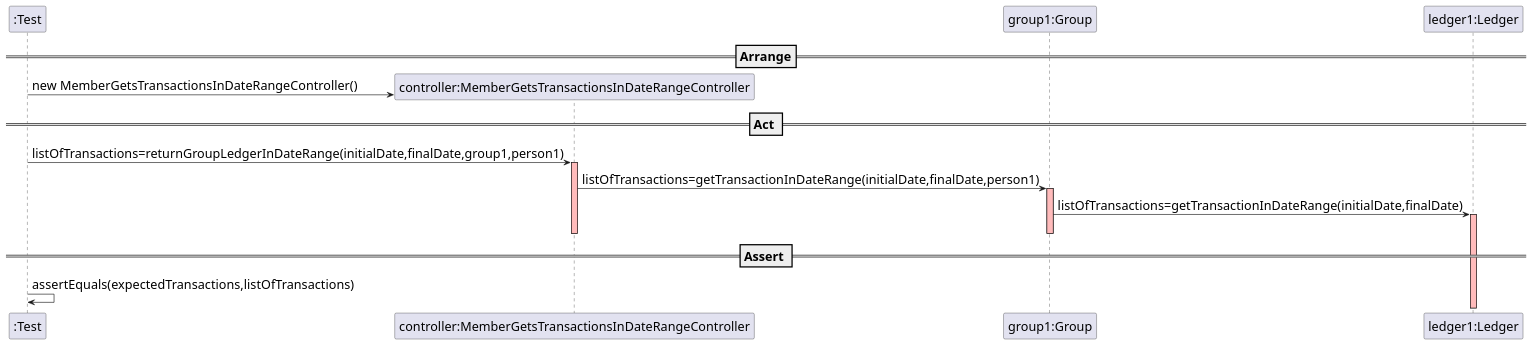
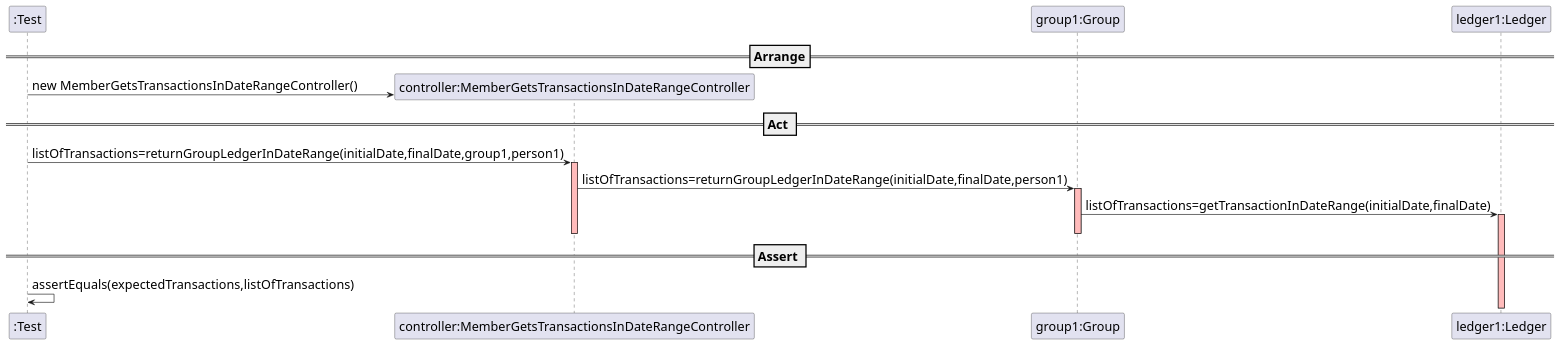
The diagram in docs/SequenceDiagram - US012.puml (mleitaoribeiro/DevOpsMaven), drawn with PlantUML before and after one commit.

Commit message:
ref#391: Sequence Diagram US012, correction of methods

```diff
--- a/docs/SequenceDiagram - US012.puml
+++ b/docs/SequenceDiagram - US012.puml
@@ -1,35 +1,35 @@
 @startuml
 skinparam DefaultFontSize 20
 
 create ":Test"
 
 
 
 ==Arrange==
 create "controller:MemberGetsTransactionsInDateRangeController"
 ":Test" -> "controller:MemberGetsTransactionsInDateRangeController" : new MemberGetsTransactionsInDateRangeController()
 participant "group1:Group"
 participant "ledger1:Ledger"
 
 
 == Act ==
 
 ":Test" -> "controller:MemberGetsTransactionsInDateRangeController" : listOfTransactions=returnGroupLedgerInDateRange(initialDate,finalDate,group1,person1)
 activate "controller:MemberGetsTransactionsInDateRangeController"  #FFBBBB
 
-"controller:MemberGetsTransactionsInDateRangeController" -> "group1:Group" : listOfTransactions=getTransactionInDateRange(initialDate,finalDate,person1)
+"controller:MemberGetsTransactionsInDateRangeController" -> "group1:Group" : listOfTransactions=returnGroupLedgerInDateRange(initialDate,finalDate,person1)
 activate "group1:Group"  #FFBBBB
 
 "group1:Group" -> "ledger1:Ledger" : listOfTransactions=getTransactionInDateRange(initialDate,finalDate)
 activate "ledger1:Ledger"  #FFBBBB
 
 
 
 deactivate "group1:Group"  #FFBBBB
 deactivate "controller:MemberGetsTransactionsInDateRangeController"  #FFBBBB
 
 == Assert ==
 
 ":Test" -> ":Test" : assertEquals(expectedTransactions,listOfTransactions)
 
 @enduml
```
